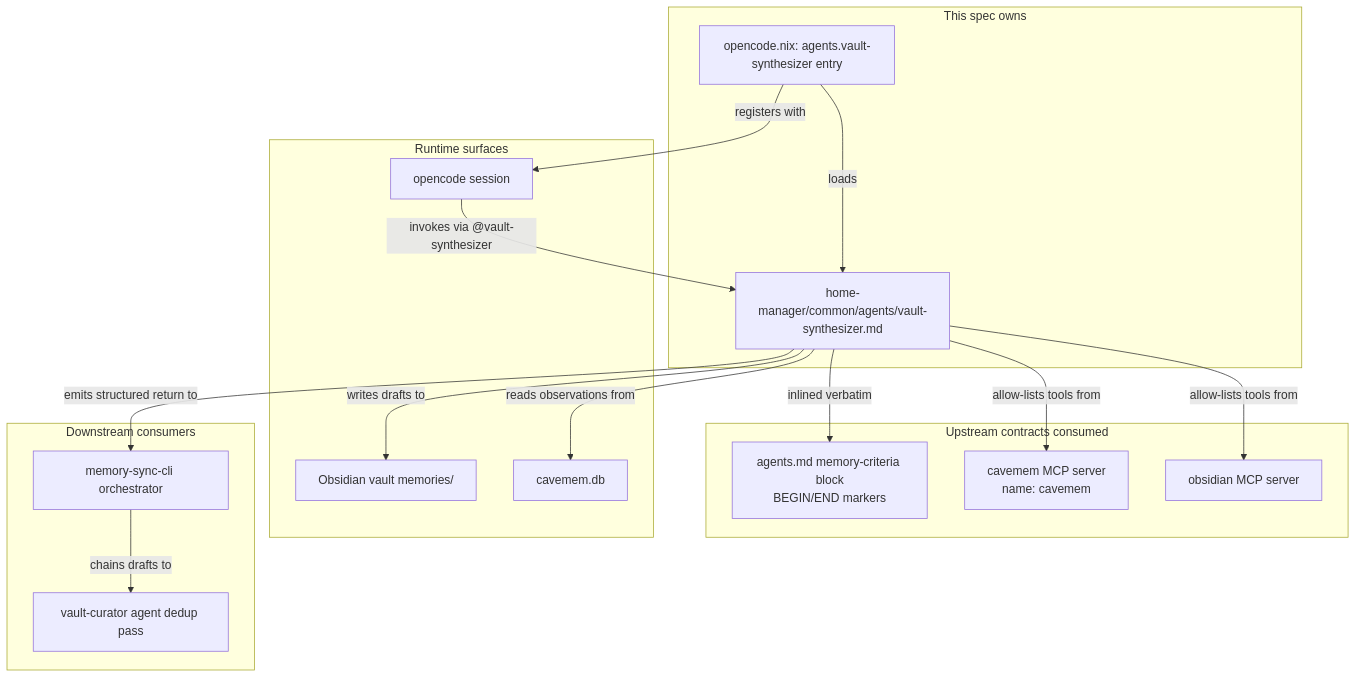
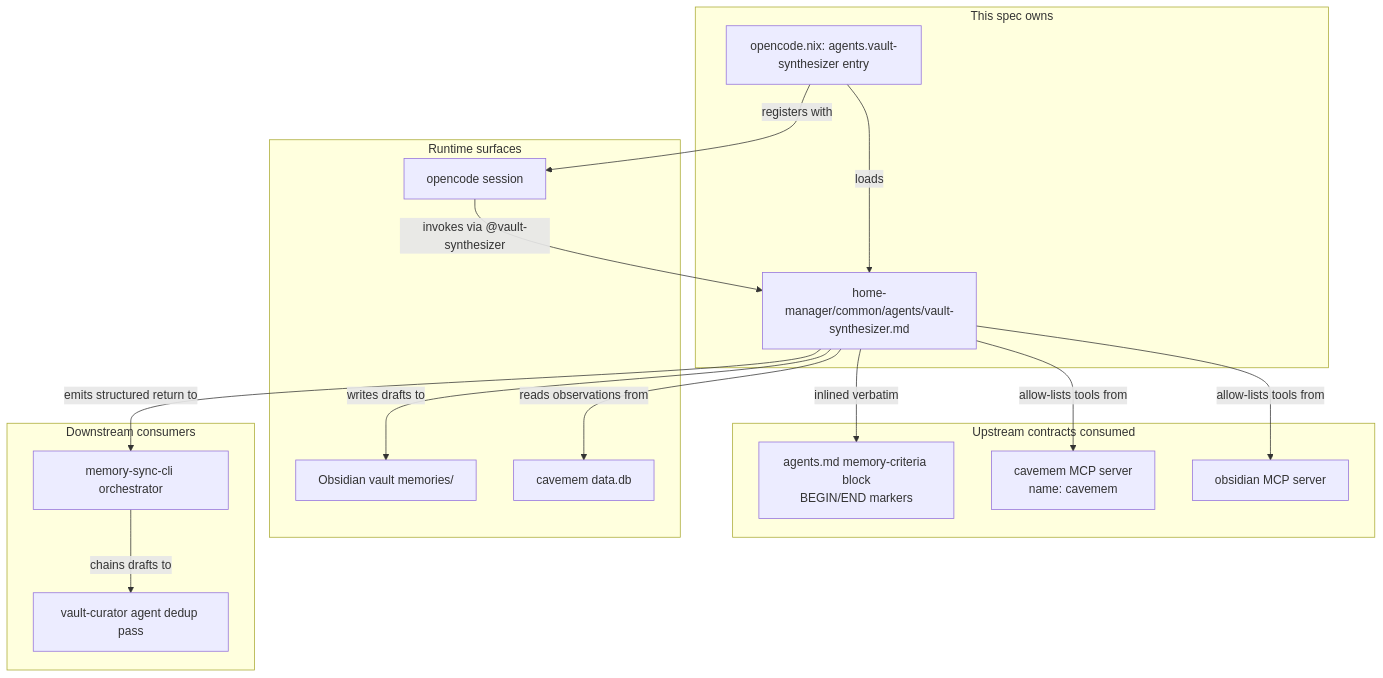
The first of 3 diagrams in .kiro/specs/vault-synthesizer-agent/design.md (DWSR/nix-config), drawn with Mermaid before and after one commit. The commit also changed 1 other file, not shown here.

Commit message:
docs(vault-synthesizer-agent): correct cavemem DB filename in arch diagram
Single-line factual correction: the architecture diagram's runtime
node label was 'cavemem.db' but the cavemem v0.2.1 source literal in
packages/storage/src/storage.ts is 'data.db' (verified during
cavemem-integration task 7.2 while writing the importer).

Same approach as memory-sync-cli's surgical correction (commit
ed756dc): no architecture, boundary, component, or AC change;
approvals stay intact; spec stays at phase=tasks-generated and
ready_for_implementation=true.

Scope check confirmed otherwise clean: vault-synthesizer-agent
does NOT probe mcp-hub HTTP directly (it uses the cavemem MCP
tools via opencode's tool plumbing), so no /api/servers/<name>
references existed to fix. The 'cavemem-session-<id>' placeholder
shape in tasks.md line 162 is correct (post-cross-spec round-2 fix
to align with cavemem-integration's dual-shape sessions: anchor).
brief.md left untouched (historical artifact per remediation
hygiene).

Spec ready for /kiro-impl vault-synthesizer-agent.

````diff
--- a/.kiro/specs/vault-synthesizer-agent/design.md
+++ b/.kiro/specs/vault-synthesizer-agent/design.md
@@ -156,35 +156,35 @@
 ```mermaid
 graph TB
     subgraph SpecOwned[This spec owns]
         AGENT[home-manager/common/agents/vault-synthesizer.md]
         WIRING[opencode.nix: agents.vault-synthesizer entry]
     end
 
     subgraph Upstream[Upstream contracts consumed]
         AGENTSMD[agents.md memory-criteria block<br/>BEGIN/END markers]
         CAVEMEMMCP[cavemem MCP server<br/>name: cavemem]
         OBSMCP[obsidian MCP server]
     end
 
     subgraph Runtime[Runtime surfaces]
         OPENCODE[opencode session]
         VAULT[Obsidian vault memories/]
-        CAVEMEMDB[cavemem.db]
+        CAVEMEMDB[cavemem data.db]
     end
 
     subgraph Downstream[Downstream consumers]
         ORCH[memory-sync-cli orchestrator]
         CURATOR[vault-curator agent dedup pass]
     end
 
     AGENT -->|inlined verbatim| AGENTSMD
     AGENT -->|allow-lists tools from| CAVEMEMMCP
     AGENT -->|allow-lists tools from| OBSMCP
     WIRING -->|loads| AGENT
     WIRING -->|registers with| OPENCODE
     OPENCODE -->|invokes via @vault-synthesizer| AGENT
     AGENT -->|writes drafts to| VAULT
     AGENT -->|reads observations from| CAVEMEMDB
     AGENT -->|emits structured return to| ORCH
     ORCH -->|chains drafts to| CURATOR
 ```
````
